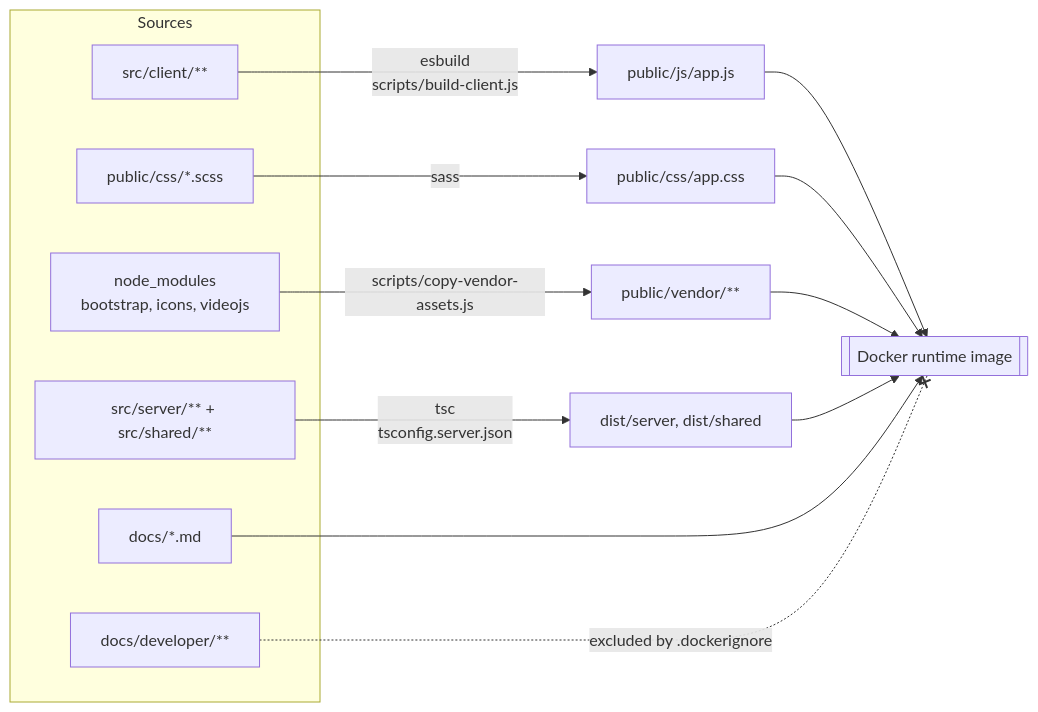
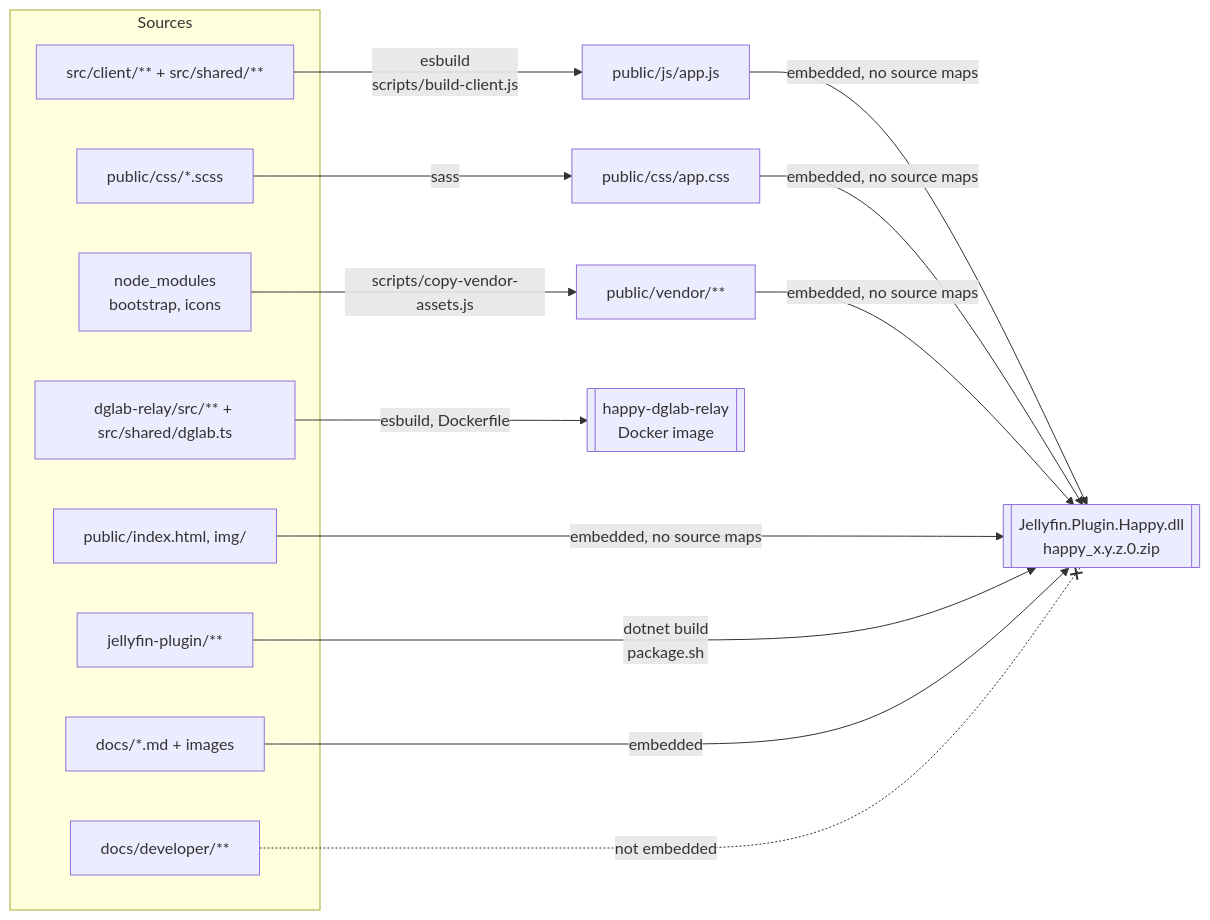
One commit to lumbar-spine-support/docker-haptic-player changed the third of 3 diagrams in docs/developer/architecture.md. Above: the diagram before and after it, drawn with Mermaid. The commit also changed other lines of this file and 54 other files, not shown here.

First line of the commit message:
feat!: remove the HAPPY Node server

````diff
--- a/docs/developer/architecture.md
+++ b/docs/developer/architecture.md
@@ -125,21 +118,23 @@
 ```mermaid
 flowchart LR
   subgraph sources["Sources"]
-    SC["src/client/**"]
-    SS["src/server/** + src/shared/**"]
+    SC["src/client/** + src/shared/**"]
     SCSS["public/css/*.scss"]
-    NM["node_modules<br/>bootstrap, icons, videojs"]
-    Docs["docs/*.md"]
+    NM["node_modules<br/>bootstrap, icons"]
+    Shell["public/index.html, img/"]
+    Docs["docs/*.md + images"]
     DevDocs["docs/developer/**"]
+    CS["jellyfin-plugin/**"]
+    RS["dglab-relay/src/** + src/shared/dglab.ts"]
   end
 
   SC -- "esbuild<br/>scripts/build-client.js" --> JS["public/js/app.js"]
-  SS -- "tsc<br/>tsconfig.server.json" --> Dist["dist/server, dist/shared"]
   SCSS -- sass --> CSS["public/css/app.css"]
   NM -- "scripts/copy-vendor-assets.js" --> Vendor["public/vendor/**"]
 
-  JS & CSS & Vendor --> Image[["Docker runtime image"]]
-  Dist --> Image
-  Docs --> Image
-  DevDocs -. "excluded by .dockerignore" .-x Image
+  JS & CSS & Vendor & Shell -- "embedded, no source maps" --> DLL[["Jellyfin.Plugin.Happy.dll<br/>happy_x.y.z.0.zip"]]
+  CS -- "dotnet build<br/>package.sh" --> DLL
+  Docs -- embedded --> DLL
+  DevDocs -. "not embedded" .-x DLL
+  RS -- "esbuild, Dockerfile" --> RelayImage[["happy-dglab-relay<br/>Docker image"]]
 ```
````
